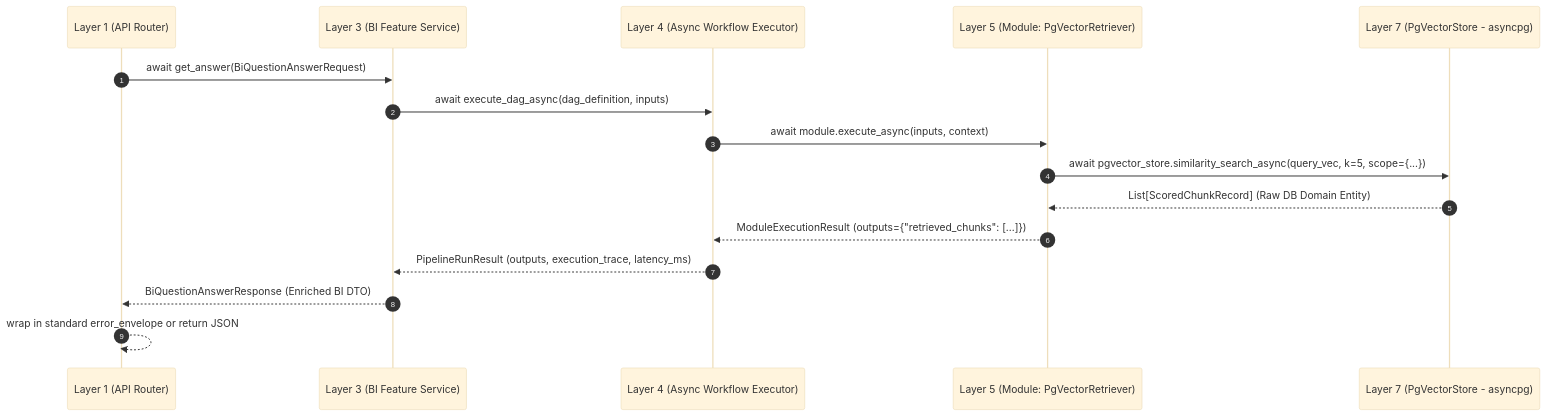
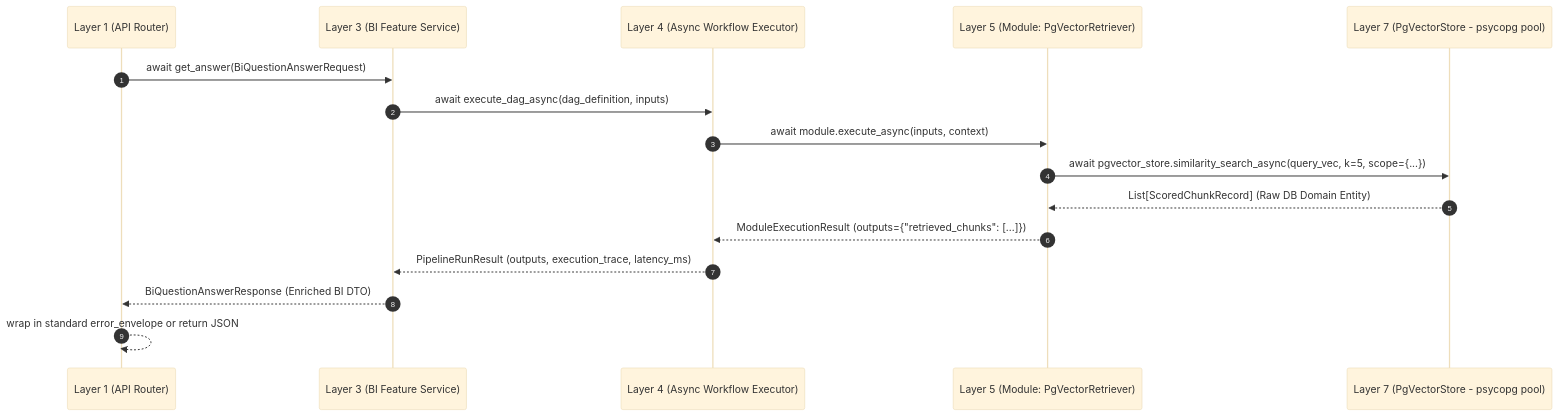
The second of 2 diagrams in docs/blueprints/01_system_blueprints/BP-102_backend_layered_architecture.md (bist-mini-final/bist-mini-final), drawn with Mermaid (base theme) before and after one commit. The commit also changed other lines of this file and 138 other files, not shown here.

````diff
--- a/docs/blueprints/01_system_blueprints/BP-102_backend_layered_architecture.md
+++ b/docs/blueprints/01_system_blueprints/BP-102_backend_layered_architecture.md
@@ -107,19 +107,19 @@
 ```mermaid
 sequenceDiagram
     autonumber
     participant L1 as Layer 1 (API Router)
     participant L3 as Layer 3 (BI Feature Service)
     participant L4 as Layer 4 (Async Workflow Executor)
     participant L5 as Layer 5 (Module: PgVectorRetriever)
-    participant L7 as Layer 7 (PgVectorStore - asyncpg)
+    participant L7 as Layer 7 (PgVectorStore - psycopg pool)
 
     L1->>L3: await get_answer(BiQuestionAnswerRequest)
     L3->>L4: await execute_dag_async(dag_definition, inputs)
     L4->>L5: await module.execute_async(inputs, context)
     L5->>L7: await pgvector_store.similarity_search_async(query_vec, k=5, scope={...})
     L7-->>L5: List[ScoredChunkRecord] (Raw DB Domain Entity)
     L5-->>L4: ModuleExecutionResult (outputs={"retrieved_chunks": [...]})
     L4-->>L3: PipelineRunResult (outputs, execution_trace, latency_ms)
     L3-->>L1: BiQuestionAnswerResponse (Enriched BI DTO)
     L1-->>L1: wrap in standard error_envelope or return JSON
 ```
````
